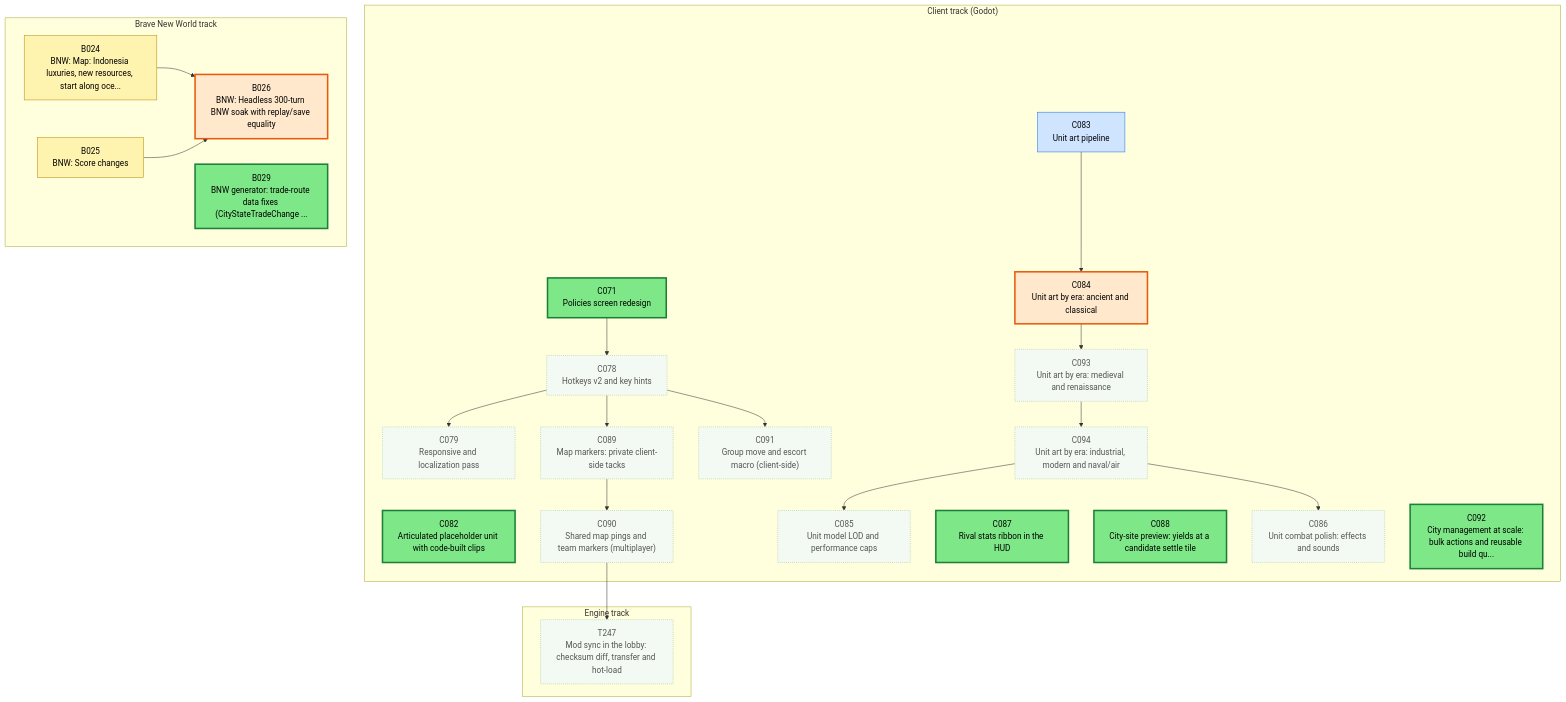
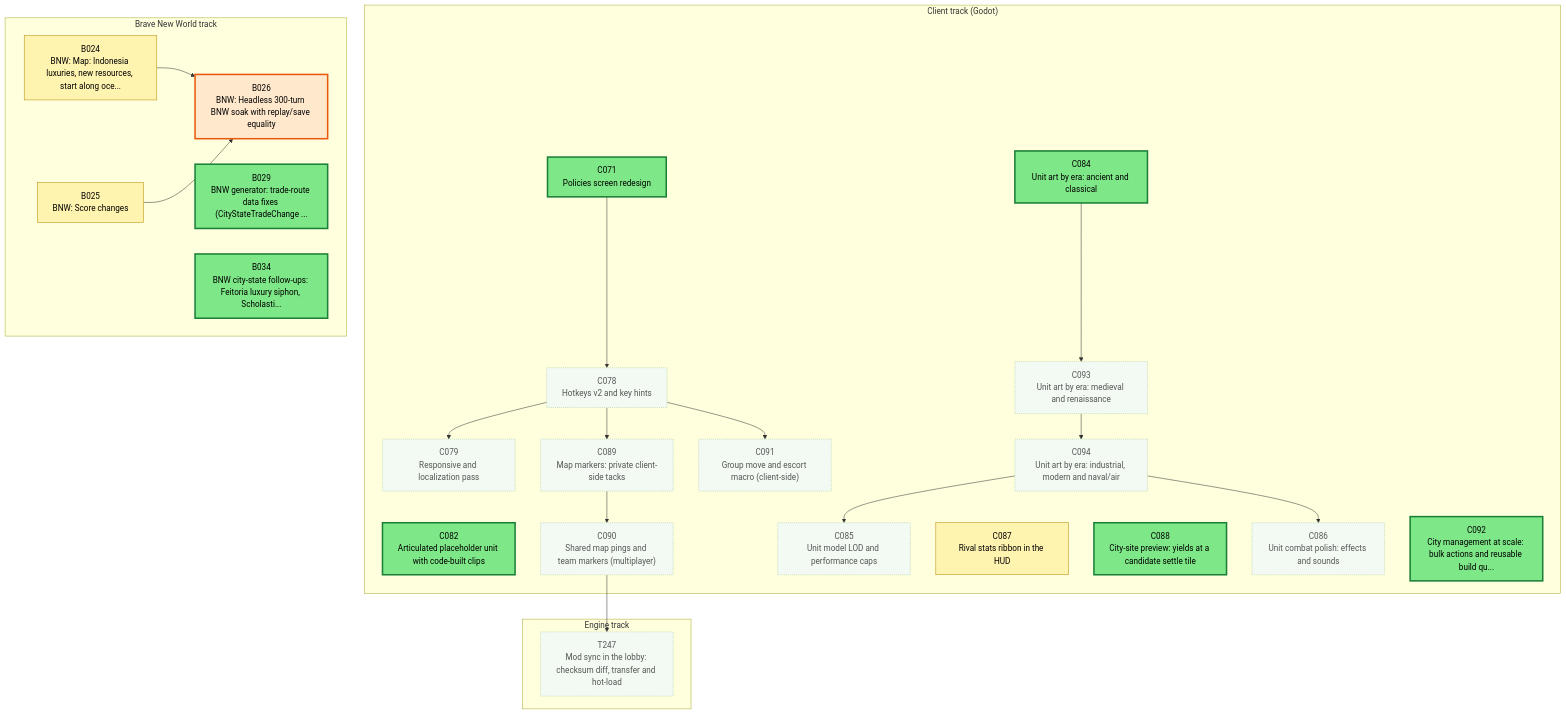
The first of 3 diagrams in csharp/migration/DEPENDENCY_MAP.md (Kenmura/Unciv), drawn with Mermaid before and after one commit. The commit also changed other lines of this file and 1 other file, not shown here.

First line of the commit message:
migration: add BNW city-state follow-up ticket B034

````diff
--- a/csharp/migration/DEPENDENCY_MAP.md
+++ b/csharp/migration/DEPENDENCY_MAP.md
@@ -25,71 +25,70 @@
 ```mermaid
 flowchart TD
   subgraph TTRACK["Engine track"]
     T247["T247<br/>Mod sync in the lobby: checksum diff, transfer and hot-load"]
   end
   subgraph CTRACK["Client track (Godot)"]
     C071["C071<br/>Policies screen redesign"]
     C078["C078<br/>Hotkeys v2 and key hints"]
     C079["C079<br/>Responsive and localization pass"]
     C082["C082<br/>Articulated placeholder unit with code-built clips"]
-    C083["C083<br/>Unit art pipeline"]
     C084["C084<br/>Unit art by era: ancient and classical"]
     C085["C085<br/>Unit model LOD and performance caps"]
     C086["C086<br/>Unit combat polish: effects and sounds"]
     C087["C087<br/>Rival stats ribbon in the HUD"]
     C088["C088<br/>City-site preview: yields at a candidate settle tile"]
     C089["C089<br/>Map markers: private client-side tacks"]
     C090["C090<br/>Shared map pings and team markers (multiplayer)"]
     C091["C091<br/>Group move and escort macro (client-side)"]
     C092["C092<br/>City management at scale: bulk actions and reusable build qu..."]
     C093["C093<br/>Unit art by era: medieval and renaissance"]
     C094["C094<br/>Unit art by era: industrial, modern and naval/air"]
   end
   subgraph BTRACK["Brave New World track"]
     B024["B024<br/>BNW: Map: Indonesia luxuries, new resources, start along oce..."]
     B025["B025<br/>BNW: Score changes"]
     B026["B026<br/>BNW: Headless 300-turn BNW soak with replay/save equality"]
     B029["B029<br/>BNW generator: trade-route data fixes (CityStateTradeChange ..."]
+    B034["B034<br/>BNW city-state follow-ups: Feitoria luxury siphon, Scholasti..."]
   end
   C090 --> T247
   C071 --> C078
   C078 --> C079
-  C083 --> C084
   C094 --> C085
   C094 --> C086
   C078 --> C089
   C089 --> C090
   C078 --> C091
   C084 --> C093
   C093 --> C094
   B024 --> B026
   B025 --> B026
   classDef waiting fill:#f3faf3,stroke:#9bc49b,color:#555,stroke-dasharray:2 2
   classDef ondeck fill:#ffe8cc,stroke:#e8590c,stroke-width:3px,color:#000
   classDef ready fill:#7ee787,stroke:#1a7f37,stroke-width:3px,color:#000
   classDef prog fill:#fff3b0,stroke:#b58900,color:#000
   classDef review fill:#cfe4ff,stroke:#1f6feb,color:#000
   classDef blocked fill:#ffd6d6,stroke:#c62828,color:#000
   classDef done fill:#eeeeee,stroke:#999999,color:#666,stroke-dasharray:4 3
   class B024 prog
   class B025 prog
   class B026 ondeck
   class B029 ready
+  class B034 ready
   class C071 ready
   class C078 waiting
   class C079 waiting
   class C082 ready
-  class C083 review
-  class C084 ondeck
+  class C084 ready
   class C085 waiting
   class C086 waiting
-  class C087 ready
+  class C087 prog
   class C088 ready
   class C089 waiting
   class C090 waiting
   class C091 waiting
   class C092 ready
   class C093 waiting
   class C094 waiting
   class T247 waiting
 ```
````
